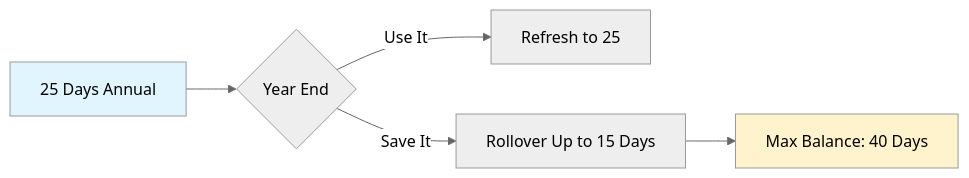
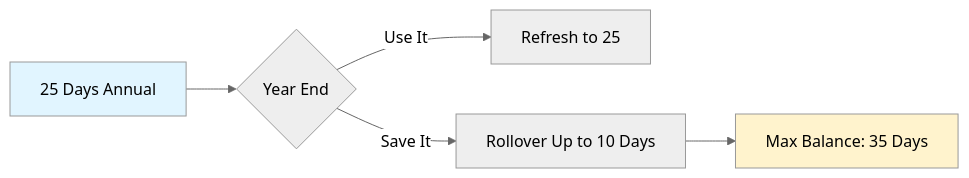
One commit to ultralytics/handbook changed the first of 2 diagrams in docs/en/people/pto-policy.md. Above: the diagram before and after it, drawn with Mermaid (neutral theme). The commit also changed other lines of this file and 1 other file, not shown here.

Commit message:
Update PTO rollover span (#226)

````diff
--- a/docs/en/people/pto-policy.md
+++ b/docs/en/people/pto-policy.md
@@ -59,10 +59,10 @@
 ```mermaid
 graph LR
     A[25 Days Annual] --> B{Year End}
     B -->|Use It| C[Refresh to 25]
-    B -->|Save It| D[Rollover Up to 15 Days]
-    D --> E[Max Balance: 40 Days]
+    B -->|Save It| D[Rollover Up to 10 Days]
+    D --> E[Max Balance: 35 Days]
 
     style A fill:#e1f5ff
     style E fill:#fff3cd
 ```
````
